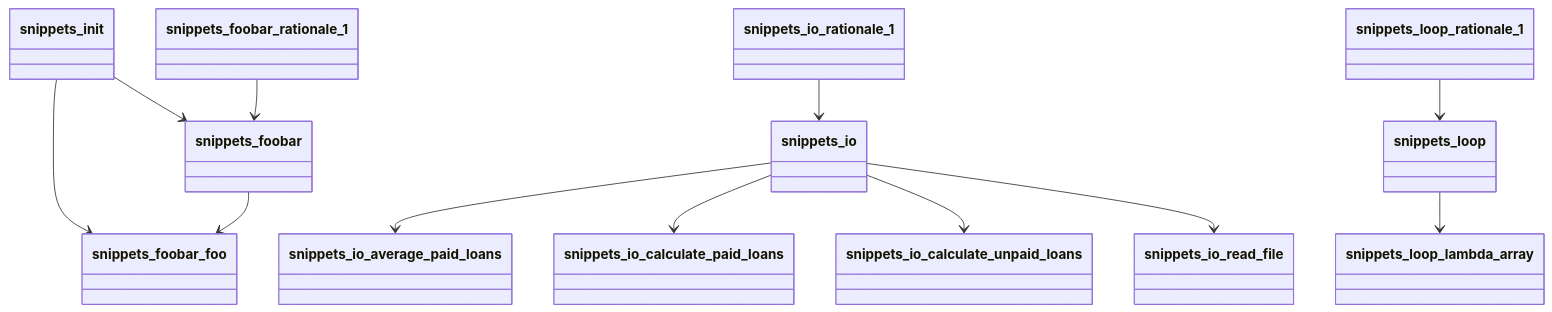
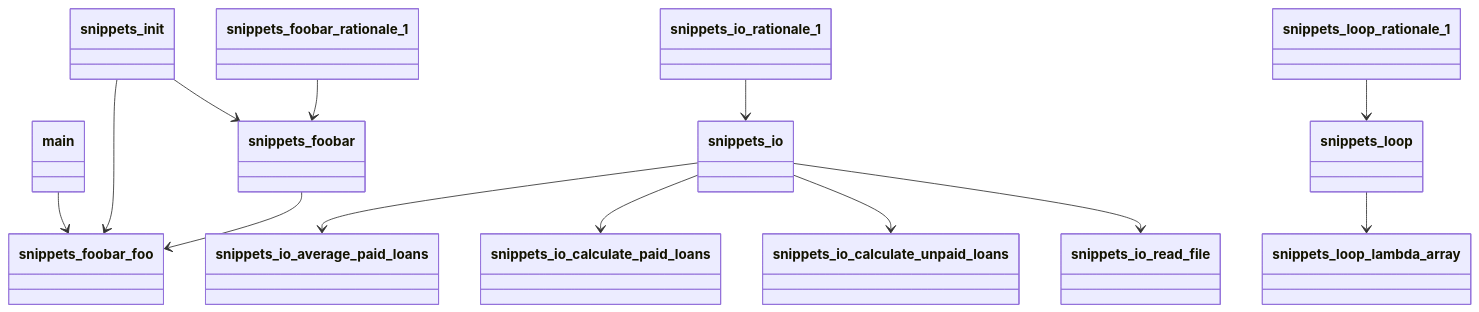
The second of 2 diagrams in reports/diagrams.md (Us5rName/ai-orchestration-ex4-finding-bugs), drawn with Mermaid before and after one commit. The commit also changed other lines of this file and 49 other files, not shown here.

First line of the commit message:
feat: live pipeline E2E + beautiful README — real LLM runs, charts, diagrams & full deliverables

````diff
--- a/reports/diagrams.md
+++ b/reports/diagrams.md
@@ -44,14 +49,15 @@
 ```mermaid
 classDiagram
+  main --> snippets_foobar_foo
   snippets_init --> snippets_foobar
   snippets_init --> snippets_foobar_foo
   snippets_foobar --> snippets_foobar_foo
   snippets_foobar_rationale_1 --> snippets_foobar
   snippets_io --> snippets_io_average_paid_loans
   snippets_io --> snippets_io_calculate_paid_loans
   snippets_io --> snippets_io_calculate_unpaid_loans
   snippets_io --> snippets_io_read_file
   snippets_io_rationale_1 --> snippets_io
   snippets_loop --> snippets_loop_lambda_array
   snippets_loop_rationale_1 --> snippets_loop
 ```
````
